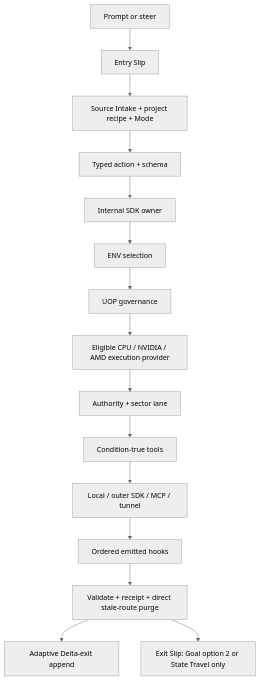
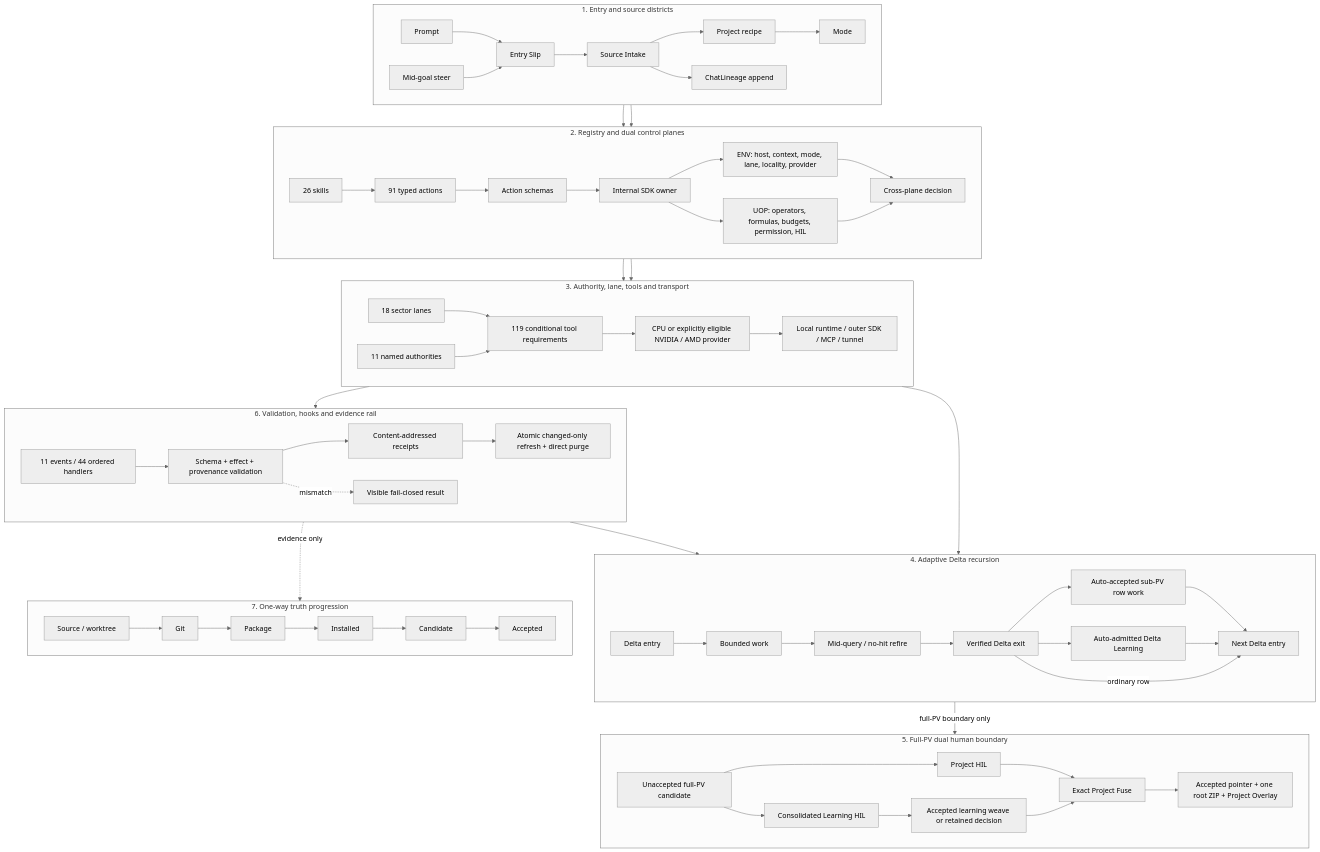
The first of 2 diagrams in ARCHITECTURE.md (rathee000001/evidence_lane_plugin), drawn with Mermaid (neutral theme) before and after one commit. The commit also changed other lines of this file and 551 other files, not shown here.

Commit message:
feat: complete Evidence Lane 3.0 systemwide refresh

````diff
--- a/ARCHITECTURE.md
+++ b/ARCHITECTURE.md
@@ -15,17 +15,58 @@
 ```mermaid
 flowchart TB
-    Prompt["Prompt or steer"] --> Slip["Entry Slip"]
-    Slip --> Intake["Source Intake + project recipe + Mode"]
-    Intake --> Action["Typed action + schema"]
-    Action --> SDK["Internal SDK owner"]
-    SDK --> ENV["ENV selection"]
-    ENV --> UOP["UOP governance"]
-    UOP --> Accelerator["Eligible CPU / NVIDIA / AMD execution provider"]
-    Accelerator --> Surface["Authority + sector lane"]
-    Surface --> Tools["Condition-true tools"]
-    Tools --> Transport["Local / outer SDK / MCP / tunnel"]
-    Transport --> Hooks["Ordered emitted hooks"]
-    Hooks --> Result["Validate + receipt + direct stale-route purge"]
-    Result --> Delta["Adaptive Delta-exit append"]
-    Result --> Exit["Exit Slip: Goal option 2 or State Travel only"]
+    subgraph Entry["1. Entry and source districts"]
+      direction LR
+      Prompt["Prompt"] --> Slip["Entry Slip"] --> Intake["Source Intake"]
+      Steer["Mid-goal steer"] --> Slip
+      Intake --> Recipe["Project recipe"] --> Mode["Mode"]
+      Intake --> Lineage["ChatLineage append"]
+    end
+    subgraph Control["2. Registry and dual control planes"]
+      direction LR
+      Skill["26 skills"] --> Action["91 typed actions"] --> Schema["Action schemas"] --> SDK["Internal SDK owner"]
+      SDK --> ENV["ENV: host, context, mode, lane, locality, provider"]
+      SDK --> UOP["UOP: operators, formulas, budgets, permission, HIL"]
+      ENV --> Join["Cross-plane decision"]
+      UOP --> Join
+    end
+    subgraph Execution["3. Authority, lane, tools and transport"]
+      direction LR
+      Join --> Lanes["18 sector lanes"]
+      Join --> Authorities["11 named authorities"]
+      Lanes --> Tools["119 conditional tool requirements"]
+      Authorities --> Tools
+      Tools --> Provider["CPU or explicitly eligible NVIDIA / AMD provider"]
+      Provider --> Transport["Local runtime / outer SDK / MCP / tunnel"]
+    end
+    subgraph Delta["4. Adaptive Delta recursion"]
+      direction LR
+      DEntry["Delta entry"] --> Work["Bounded work"] --> Mid["Mid-query / no-hit refire"] --> DExit["Verified Delta exit"]
+      DExit --> SubPV["Auto-accepted sub-PV row work"] --> Next["Next Delta entry"]
+      DExit --> DLearn["Auto-admitted Delta Learning"] --> Next
+    end
+    subgraph FullPV["5. Full-PV dual human boundary"]
+      direction LR
+      Candidate["Unaccepted full-PV candidate"] --> ProjectHIL["Project HIL"]
+      Candidate --> LearningHIL["Consolidated Learning HIL"]
+      LearningHIL --> Weave["Accepted learning weave or retained decision"]
+      ProjectHIL --> Fuse["Exact Project Fuse"]
+      Weave --> Fuse --> Accepted["Accepted pointer + one root ZIP + Project Overlay"]
+    end
+    subgraph Evidence["6. Validation, hooks and evidence rail"]
+      direction LR
+      Transport --> Hooks["11 events / 44 ordered handlers"] --> Validate["Schema + effect + provenance validation"]
+      Validate --> Receipts["Content-addressed receipts"] --> Refresh["Atomic changed-only refresh + direct purge"]
+      Validate -. mismatch .-> Fail["Visible fail-closed result"]
+    end
+    subgraph Truth["7. One-way truth progression"]
+      direction LR
+      SourceTruth["Source / worktree"] --> GitTruth["Git"] --> PackageTruth["Package"] --> InstalledTruth["Installed"] --> CandidateTruth["Candidate"] --> AcceptedTruth["Accepted"]
+    end
+    Mode --> Skill
+    Recipe --> Skill
+    Transport --> DEntry
+    Refresh --> DExit
+    DExit -->|ordinary row| Next
+    DExit -->|full-PV boundary only| Candidate
+    Receipts -. evidence only .-> Truth
 ```
````
